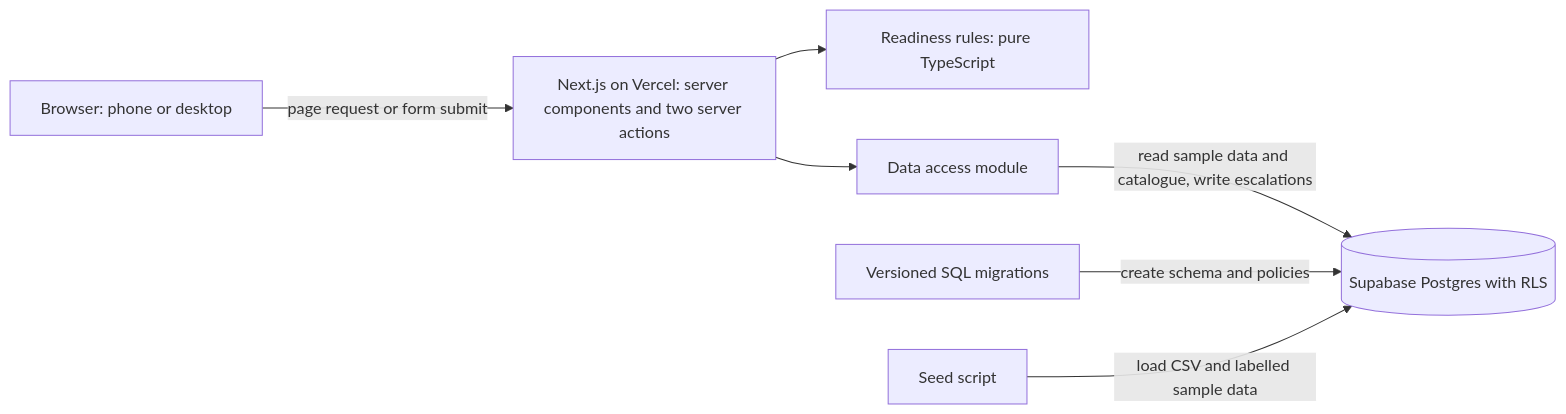
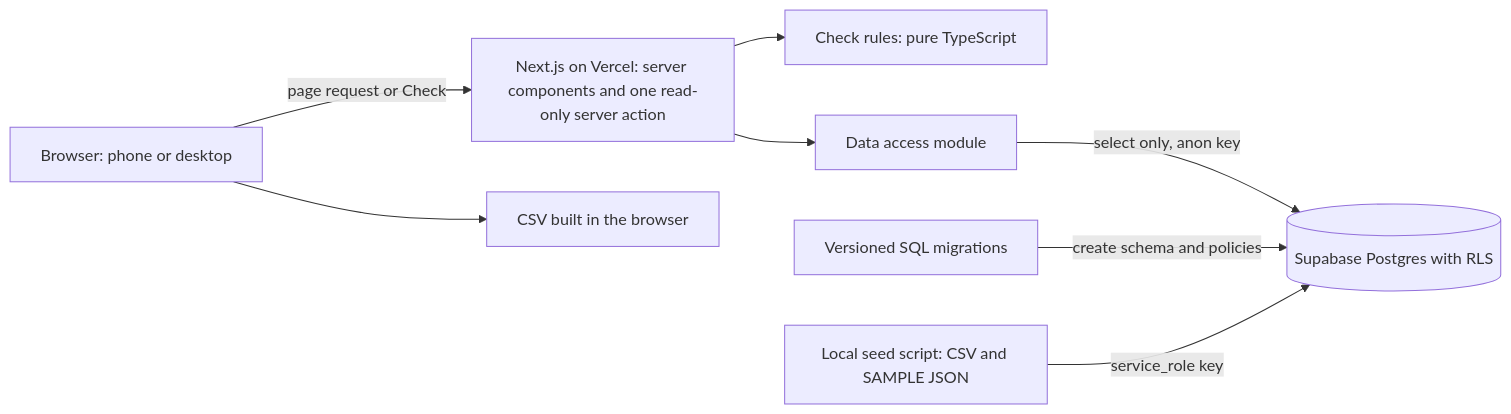
The first of 2 diagrams in docs/03-technical-design.md (ChrisWu365/chris-exercise), drawn with Mermaid before and after one commit. The commit also changed other lines of this file, not shown here.

````diff
--- a/docs/03-technical-design.md
+++ b/docs/03-technical-design.md
@@ -27,9 +27,10 @@
 ```mermaid
 flowchart LR
-  B[Browser: phone or desktop] -->|page request or form submit| N[Next.js on Vercel: server components and two server actions]
-  N --> D[Readiness rules: pure TypeScript]
+  B[Browser: phone or desktop] -->|page request or Check| N[Next.js on Vercel: server components and one read-only server action]
+  N --> D[Check rules: pure TypeScript]
   N --> R[Data access module]
-  R -->|read sample data and catalogue, write escalations| S[(Supabase Postgres with RLS)]
+  R -->|select only, anon key| S[(Supabase Postgres with RLS)]
+  B --> E[CSV built in the browser]
   M[Versioned SQL migrations] -->|create schema and policies| S
-  C[Seed script] -->|load CSV and labelled sample data| S
+  C[Local seed script: CSV and SAMPLE JSON] -->|service_role key| S
 ```
````
